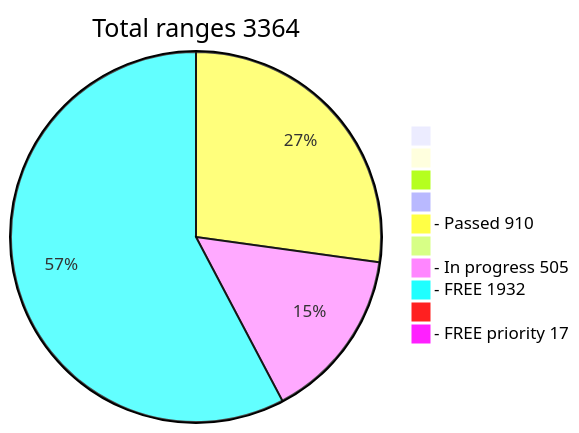
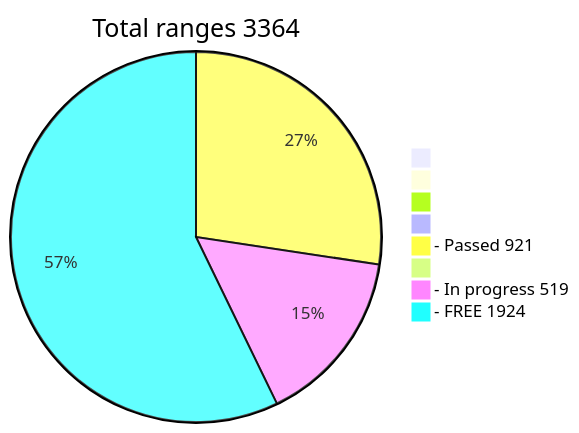
Before and after one commit to phrutis/wif500: the diagram in README.md, drawn with Mermaid.

````diff
--- a/README.md
+++ b/README.md
@@ -16,14 +16,12 @@
 ```mermaid
 pie title Total ranges 3364
              " " : 0
             "  " : 0
            "   " : 0
           "    " : 0
-  "- Passed 910" : 910
+  "- Passed 921" : 921
          "     " : 0
-  "- In progress 505" : 505
-   "- FREE 1932" : 1932
-        "      " : 0
-       "- FREE priority 17" : 17
+  "- In progress 519" : 519
+   "- FREE 1924" : 1924
    
 ```
````
